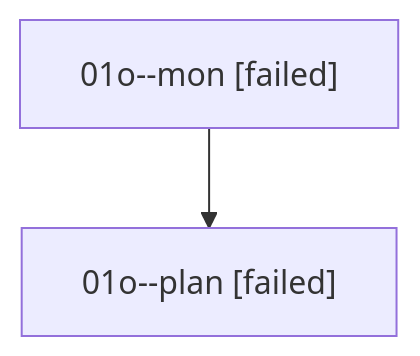
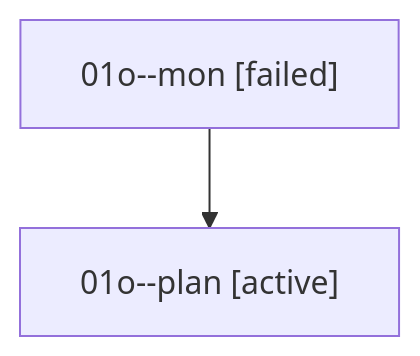
One commit to sase-org/sase--agents changed the diagram in families/bbugyi200.athena.01o.md. Above: the diagram before and after it, drawn with Mermaid. The commit also changed other lines of this file and 35830 other files, not shown here.

````diff
--- a/families/bbugyi200.athena.01o.md
+++ b/families/bbugyi200.athena.01o.md
@@ -9,6 +9,6 @@
 ```mermaid
 flowchart TD
   n0["01o--mon [failed]"]
-  n1["01o--plan [failed]"]
+  n1["01o--plan [active]"]
   n0 --> n1
 ```
````
